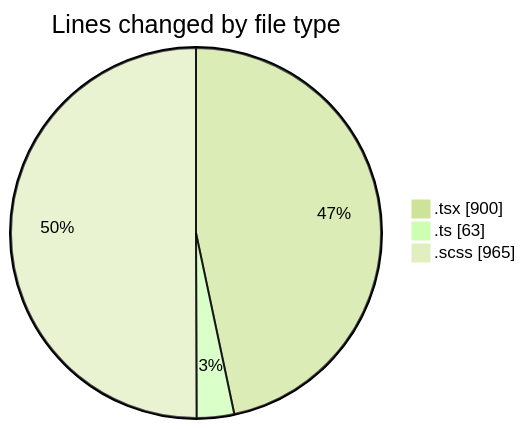
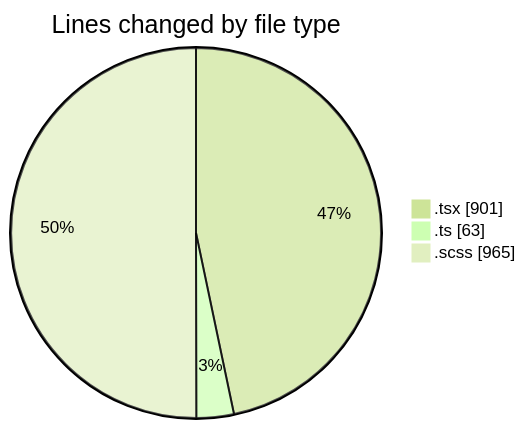
The first of 2 diagrams in 2025-04-02/cda/README.md (momahboobian/code-tracking), drawn with Mermaid (forest theme) before and after one commit. The commit also changed other lines of this file and 1 other file, not shown here.

````diff
--- a/2025-04-02/cda/README.md
+++ b/2025-04-02/cda/README.md
@@ -27,7 +27,7 @@
 ```mermaid
 pie showData
 title Lines changed by file type
-".tsx" : 900
+".tsx" : 901
 ".ts" : 63
 ".scss" : 965
 ```
````
